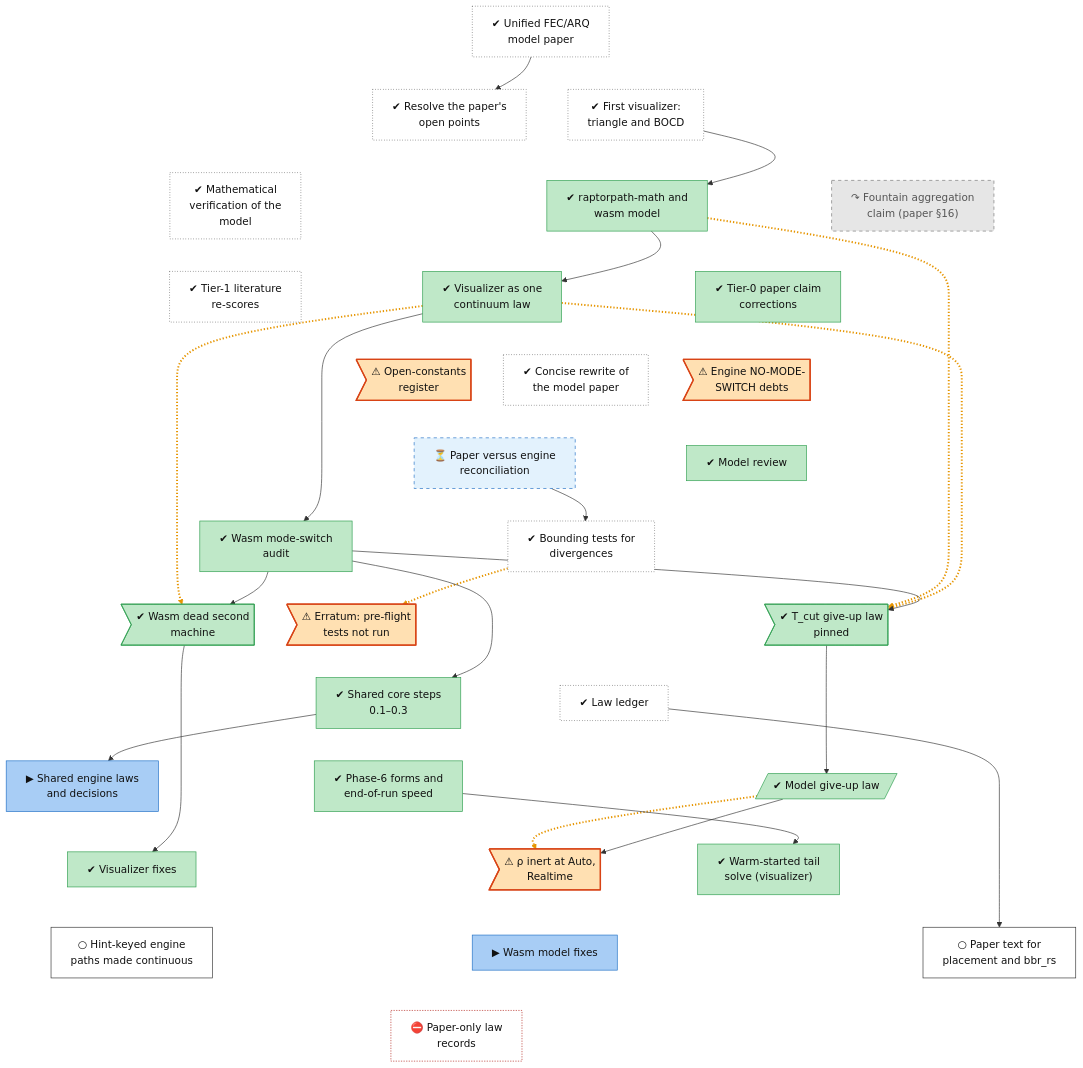
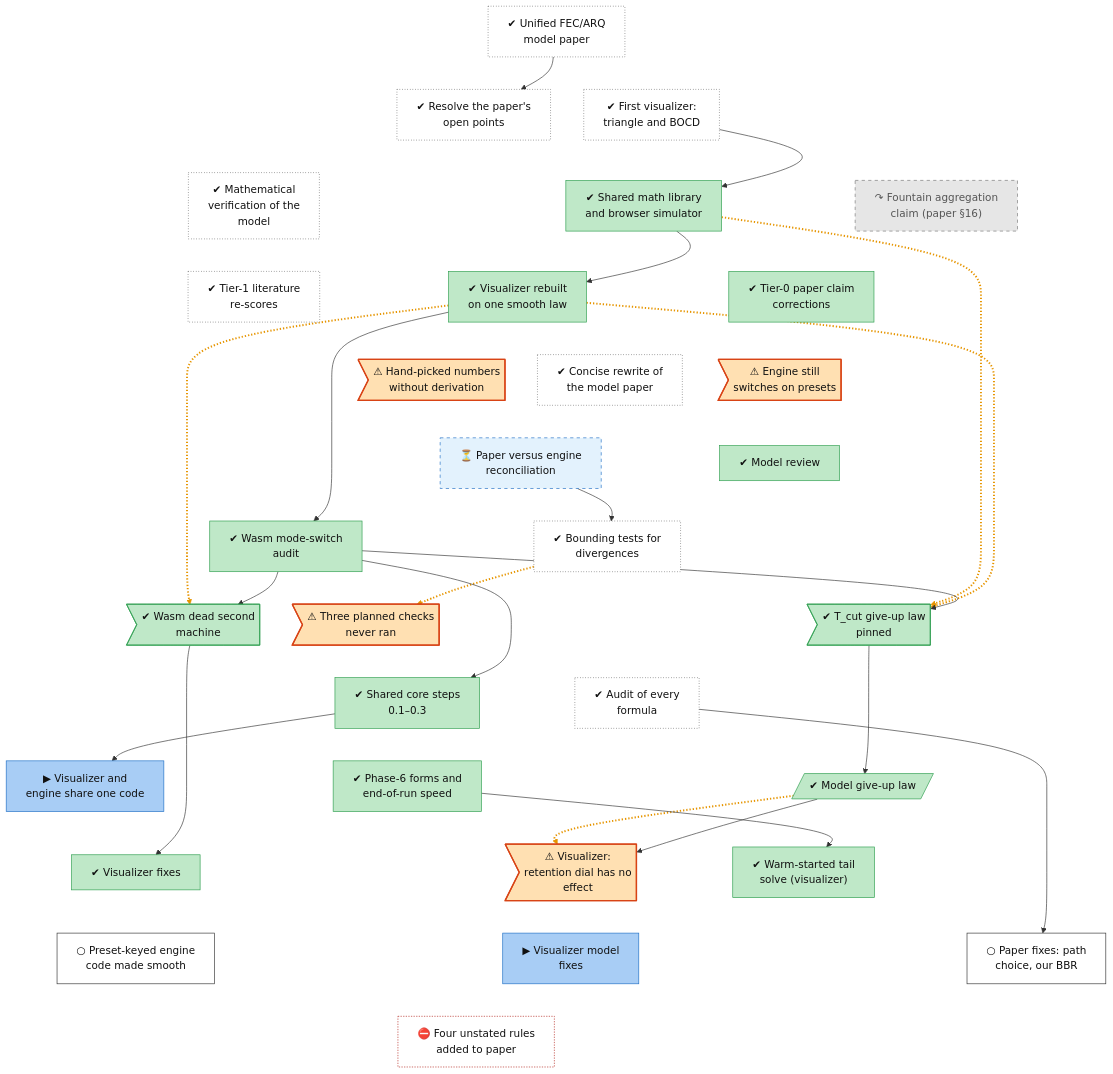
One commit to lhns/raptorpath changed the diagram in docs/roadmap/tracks/model.md. Above: the diagram before and after it, drawn with Mermaid. The commit also changed other lines of this file and 15 other files, not shown here.

First line of the commit message:
roadmap: titles and plain sentences from the re-check

```diff
--- a/docs/roadmap/tracks/model.md
+++ b/docs/roadmap/tracks/model.md
@@ -12,14 +12,14 @@
     model_paper_v1["✔ Unified FEC/ARQ<br/>model paper"]
     model_open_points["✔ Resolve the paper's<br/>open points"]
     model_visualizer_v1["✔ First visualizer:<br/>triangle and BOCD"]
-    model_wasm_l0["✔ raptorpath-math and<br/>wasm model"]
+    model_wasm_l0["✔ Shared math library<br/>and browser simulator"]
     model_math_verification["✔ Mathematical<br/>verification of the<br/>model"]
     model_s16_fountain["↷ Fountain aggregation<br/>claim (paper #167;16)"]
-    model_vis_continuum["✔ Visualizer as one<br/>continuum law"]
+    model_vis_continuum["✔ Visualizer rebuilt<br/>on one smooth law"]
     model_tier1_rescores["✔ Tier-1 literature<br/>re-scores"]
     model_tier0_corrections["✔ Tier-0 paper claim<br/>corrections"]
-    model_mode_switch_debts>"⚠ Engine NO-MODE-<br/>SWITCH debts"]
-    model_open_constants>"⚠ Open-constants<br/>register"]
+    model_mode_switch_debts>"⚠ Engine still<br/>switches on presets"]
+    model_open_constants>"⚠ Hand-picked numbers<br/>without derivation"]
     model_paper_rewrite["✔ Concise rewrite of<br/>the model paper"]
     model_review_37["✔ Model review"]
     model_paper_recon["⏳ Paper versus engine<br/>reconciliation"]
@@ -27,19 +27,19 @@
     model_wasm_audit["✔ Wasm mode-switch<br/>audit"]
     model_defect_tcut>"✔ T_cut give-up law<br/>pinned"]
     model_defect_dead_machine>"✔ Wasm dead second<br/>machine"]
-    model_bound_tests_unrun>"⚠ Erratum: pre-flight<br/>tests not run"]
-    model_law_ledger["✔ Law ledger"]
+    model_bound_tests_unrun>"⚠ Three planned checks<br/>never ran"]
+    model_law_ledger["✔ Audit of every<br/>formula"]
     model_shared_core_0["✔ Shared core steps<br/>0.1–0.3"]
-    model_shared_core["▶ Shared engine laws<br/>and decisions"]
+    model_shared_core["▶ Visualizer and<br/>engine share one code"]
     model_endspeed["✔ Phase-6 forms and<br/>end-of-run speed"]
     model_giveup_law[/"✔ Model give-up law"/]
     model_viz_fix["✔ Visualizer fixes"]
-    model_defect_rho_inert>"⚠ ρ inert at Auto,<br/>Realtime"]
+    model_defect_rho_inert>"⚠ Visualizer:<br/>retention dial has no<br/>effect"]
     model_warm_start["✔ Warm-started tail<br/>solve (visualizer)"]
-    model_fix_hint_keyed_paths["○ Hint-keyed engine<br/>paths made continuous"]
-    model_wasm_fixes["▶ Wasm model fixes"]
-    model_fix_paper_p2["○ Paper text for<br/>placement and bbr_rs"]
-    model_fix_paper_p3["⛔ Paper-only law<br/>records"]
+    model_fix_hint_keyed_paths["○ Preset-keyed engine<br/>code made smooth"]
+    model_wasm_fixes["▶ Visualizer model<br/>fixes"]
+    model_fix_paper_p2["○ Paper fixes: path<br/>choice, our BBR"]
+    model_fix_paper_p3["⛔ Four unstated rules<br/>added to paper"]
     model_paper_v1 ~~~ model_open_points
     model_paper_v1 ~~~ model_visualizer_v1
     model_open_points ~~~ model_wasm_l0
```
